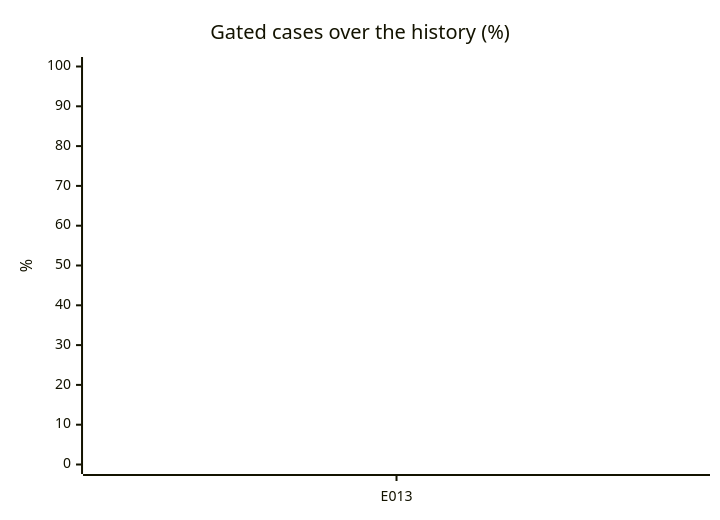
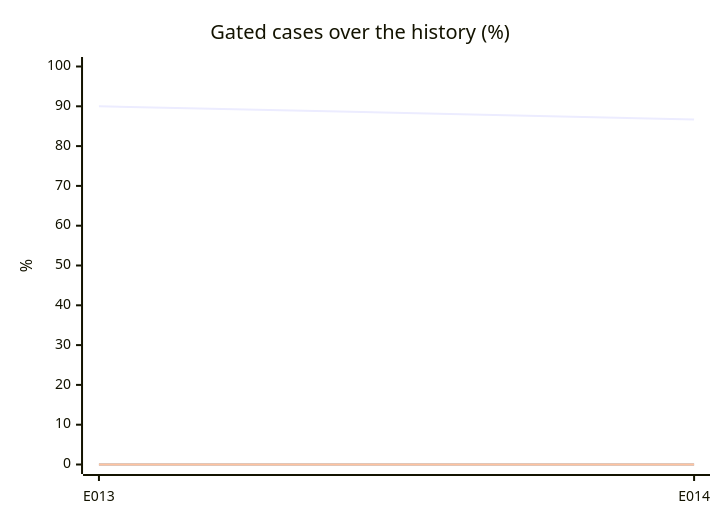
One commit to acarbonellb/anti-fraud-agent changed the first of 2 diagrams in evals/report.md. Above: the diagram before and after it, drawn with Mermaid. The commit also changed other lines of this file and 67 other files, not shown here.

````diff
--- a/evals/report.md
+++ b/evals/report.md
@@ -44,9 +45,9 @@
 ```mermaid
 xychart-beta
   title "Gated cases over the history (%)"
-  x-axis [E013]
+  x-axis [E013, E014]
   y-axis "%" 0 --> 100
-  line [90]
-  line [0]
-  line [0]
+  line [90, 86.7]
+  line [0, 0]
+  line [0, 0]
 ```
````
